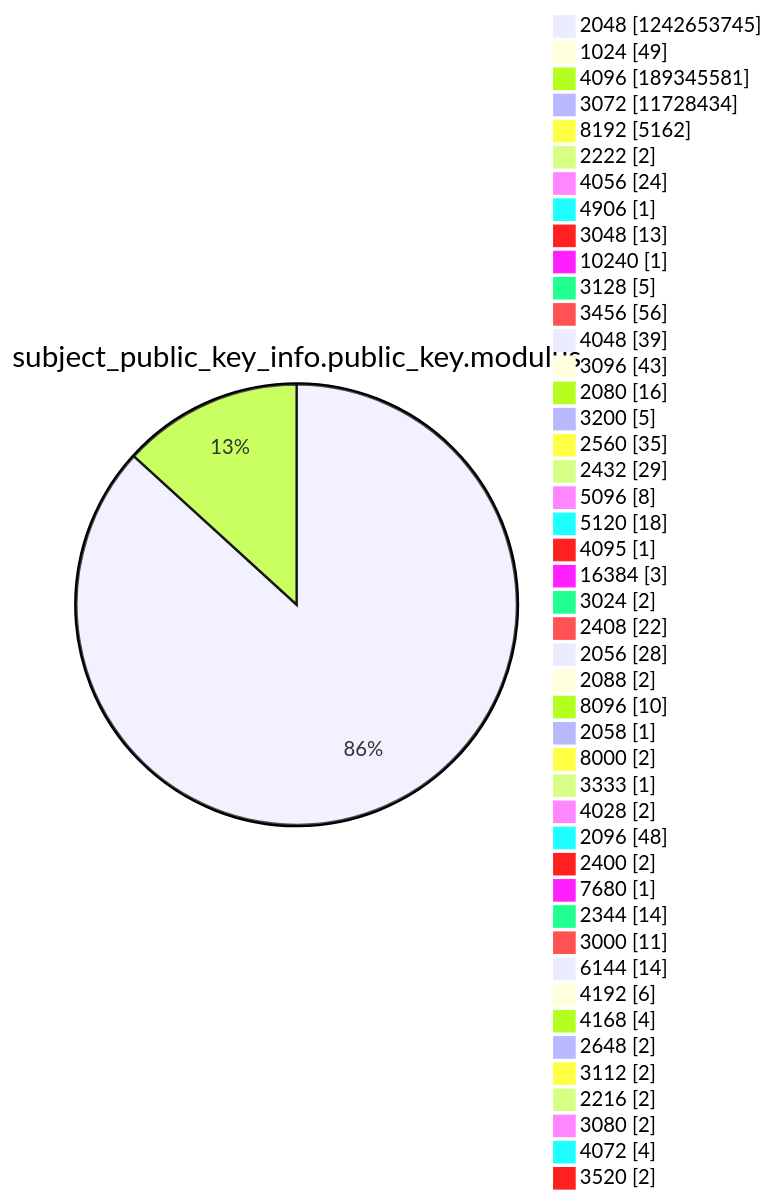
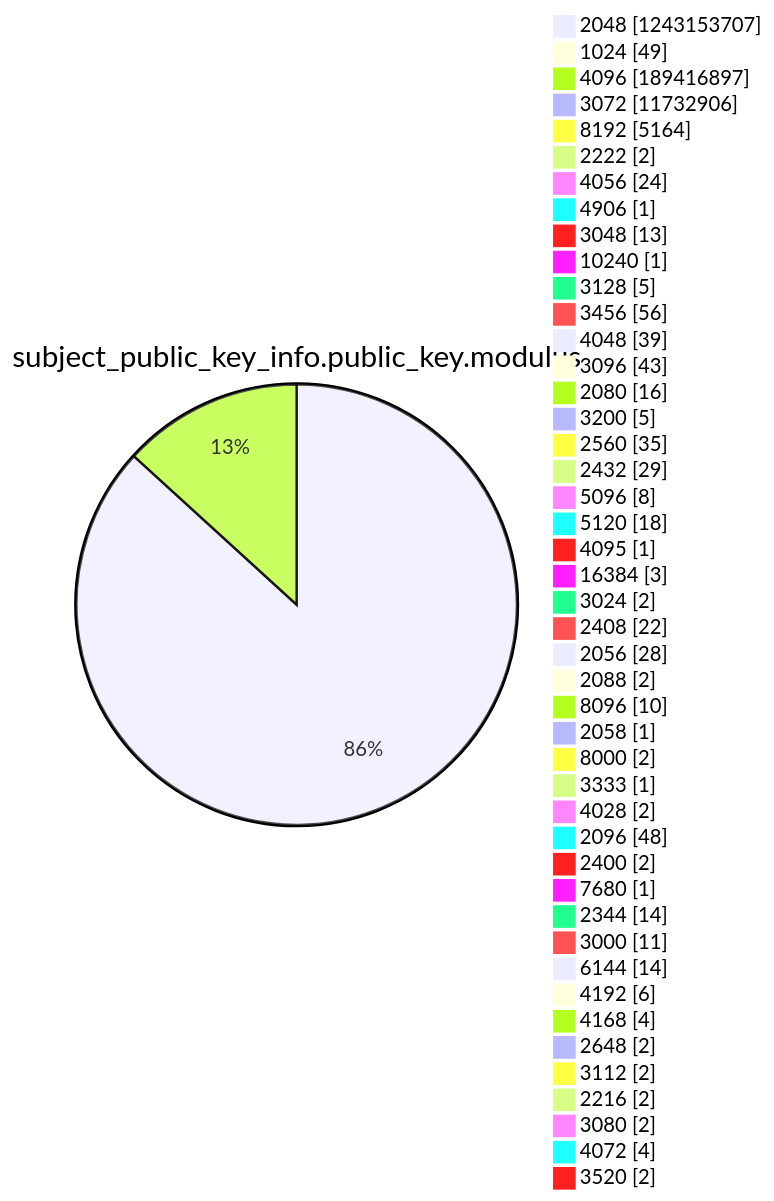
One commit to christiankrug/ctmonitor_visualization changed diagram 13 of 15 in xenon2022/README.md. Above: the diagram before and after it, drawn with Mermaid. The commit also changed other lines of this file, not shown here.

````diff
--- a/xenon2022/README.md
+++ b/xenon2022/README.md
@@ -3918,49 +3918,49 @@
 ```mermaid
 pie showData
 title subject_public_key_info.public_key.modulus
-"2048" :1242653745
+"2048" :1243153707
 "1024" :49
-"4096" :189345581
-"3072" :11728434
-"8192" :5162
+"4096" :189416897
+"3072" :11732906
+"8192" :5164
 "2222" :2
 "4056" :24
 "4906" :1
 "3048" :13
 "10240" :1
 "3128" :5
 "3456" :56
 "4048" :39
 "3096" :43
 "2080" :16
 "3200" :5
 "2560" :35
 "2432" :29
 "5096" :8
 "5120" :18
 "4095" :1
 "16384" :3
 "3024" :2
 "2408" :22
 "2056" :28
 "2088" :2
 "8096" :10
 "2058" :1
 "8000" :2
 "3333" :1
 "4028" :2
 "2096" :48
 "2400" :2
 "7680" :1
 "2344" :14
 "3000" :11
 "6144" :14
 "4192" :6
 "4168" :4
 "2648" :2
 "3112" :2
 "2216" :2
 "3080" :2
 "4072" :4
 "3520" :2
 ```
````
